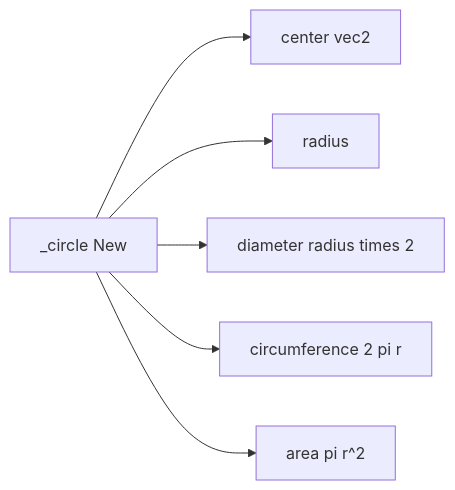
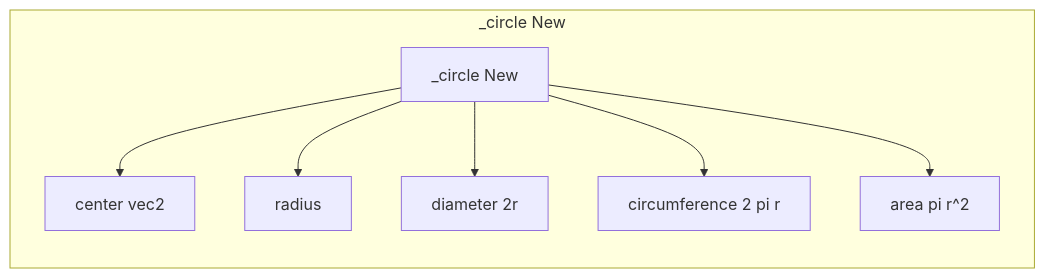
Before and after one commit to Gh0st352/AETHR: the third of 4 diagrams in docs/types/scheduler_and_circle.md, drawn with Mermaid. The commit also changed other lines of this file and 8 other files, not shown here.

First line of the commit message:
docs(types, mermaid): normalize headings, restructure Mermaid diagrams, and standardize classes

````diff
--- a/docs/types/scheduler_and_circle.md
+++ b/docs/types/scheduler_and_circle.md
@@ -51,8 +80,12 @@
 ```mermaid
+%% shared theme: docs/_mermaid/theme.json %%
 flowchart LR
-  C2[_circle New] --> Ctr[center vec2]
-  C2 --> Rad[radius]
-  C2 --> Dia[diameter radius times 2]
-  C2 --> Circ[circumference 2 pi r]
-  C2 --> Area[area pi r^2]
+  subgraph CIRCLE ["_circle New"]
+    C2[_circle New] --> Ctr[center vec2]
+    C2 --> Rad[radius]
+    C2 --> Dia[diameter 2r]
+    C2 --> Circ[circumference 2 pi r]
+    C2 --> Area[area pi r^2]
+  end
+  class C2,Ctr,Rad,Dia,Circ,Area,CIRCLE class_data;
 ```
````
